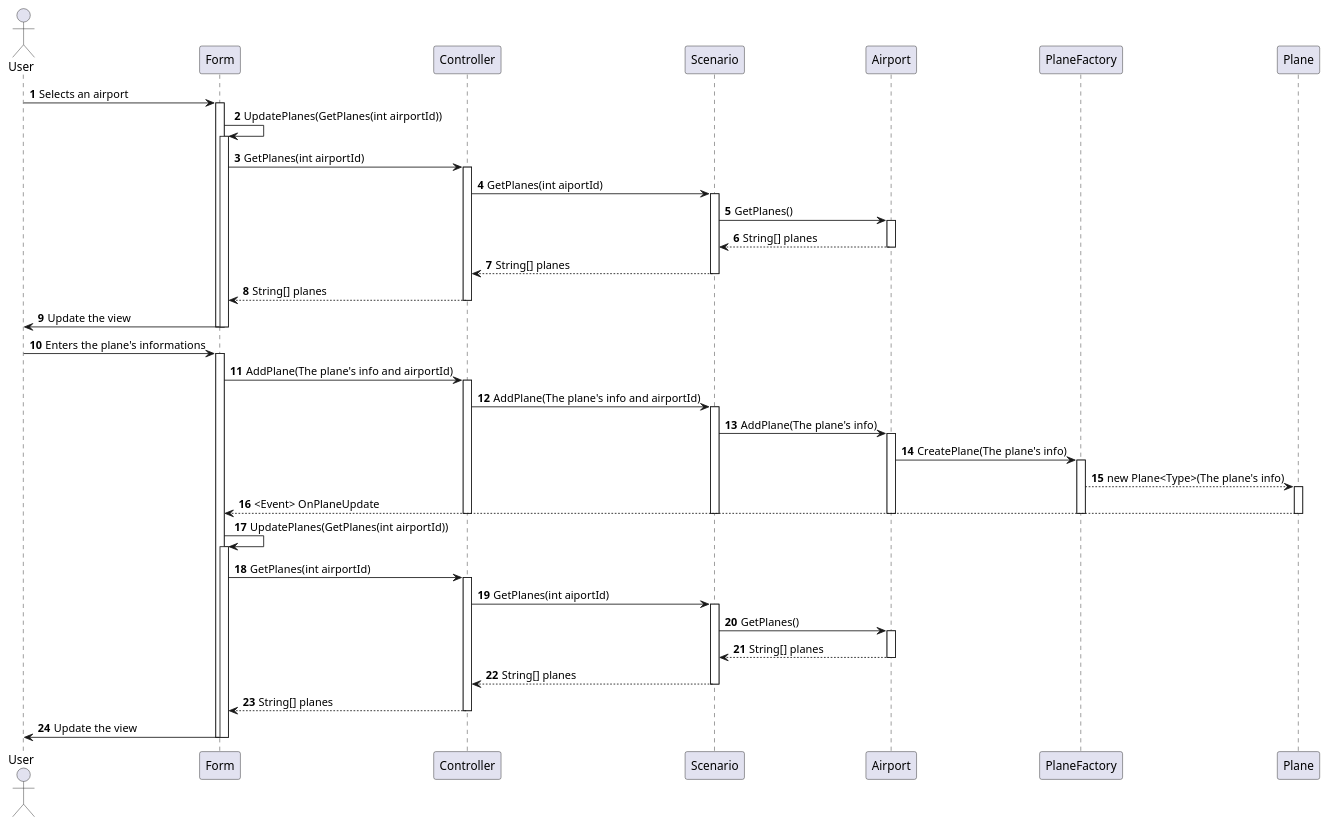
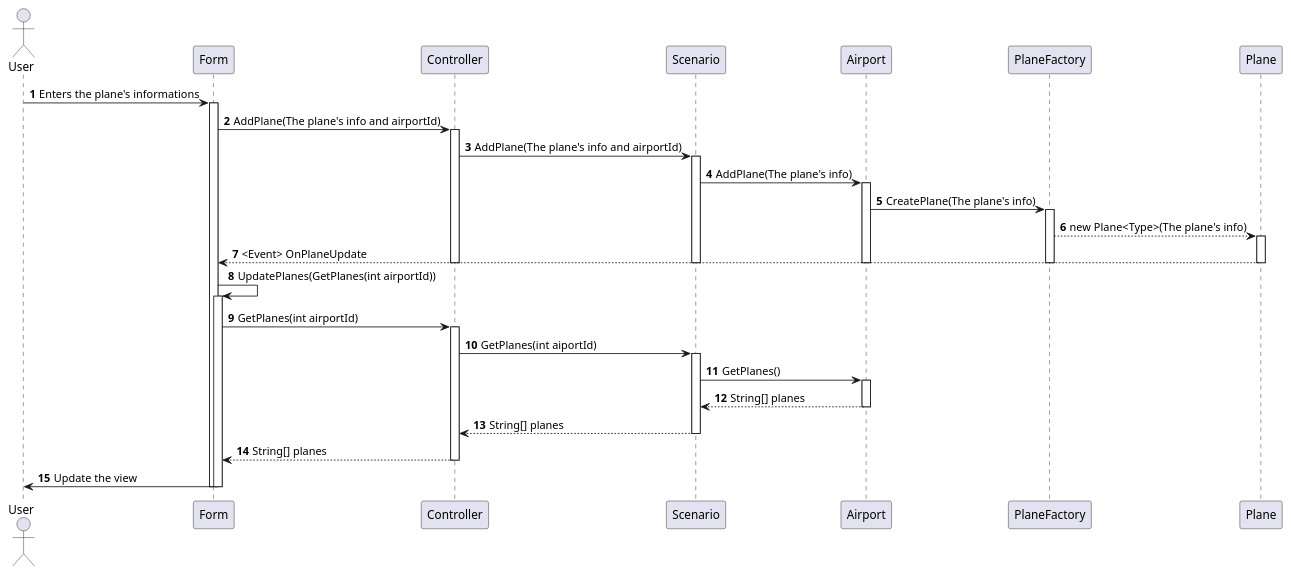
One commit to Homespore165/tututut changed the diagram in PlaneTP/Documentation/Diagrams/Sequence/AddToAirport.puml. Above: the diagram before and after it, drawn with PlantUML. The commit also changed 2 other files, not shown here.

Commit message:
Updated the Gen Class diagram

```diff
--- a/PlaneTP/Documentation/Diagrams/Sequence/AddToAirport.puml
+++ b/PlaneTP/Documentation/Diagrams/Sequence/AddToAirport.puml
@@ -1,64 +1,44 @@
 @startuml
 'https://plantuml.com/sequence-diagram
 
 autonumber
 
 actor User
-User -> Form : Selects an airport
-activate Form
-Form -> Form : UpdatePlanes(GetPlanes(int airportId))
-activate Form
-Form -> Controller : GetPlanes(int airportId)
-activate Controller
-Controller -> Scenario : GetPlanes(int aiportId)
-activate Scenario
-Scenario -> Airport : GetPlanes()
-activate Airport
-Airport --> Scenario : String[] planes
-deactivate Airport
-Scenario --> Controller: String[] planes
-deactivate Scenario
-Controller --> Form: String[] planes
-deactivate Controller
-
-Form -> User : Update the view
-deactivate Form
-deactivate Form
 User -> Form : Enters the plane's informations
 activate Form
 Form -> Controller : AddPlane(The plane's info and airportId)
 activate Controller
 Controller -> Scenario : AddPlane(The plane's info and airportId)
 activate Scenario
 Scenario -> Airport : AddPlane(The plane's info)
 activate Airport
 Airport -> PlaneFactory : CreatePlane(The plane's info)
 activate PlaneFactory
 PlaneFactory --> Plane : new Plane<Type>(The plane's info)
 activate Plane
 Plane --> Form : <Event> OnPlaneUpdate
 deactivate Plane
 deactivate PlaneFactory
 deactivate Airport
 deactivate Controller
 deactivate Scenario
 Form -> Form : UpdatePlanes(GetPlanes(int airportId))
 activate Form
 Form -> Controller : GetPlanes(int airportId)
 activate Controller
 Controller -> Scenario : GetPlanes(int aiportId)
 activate Scenario
 Scenario -> Airport : GetPlanes()
 activate Airport
 Airport --> Scenario : String[] planes
 deactivate Airport
 Scenario --> Controller: String[] planes
 deactivate Scenario
 Controller --> Form: String[] planes
 deactivate Controller
 Form -> User : Update the view
 deactivate Form
 deactivate Form
 
 
 @enduml
```
